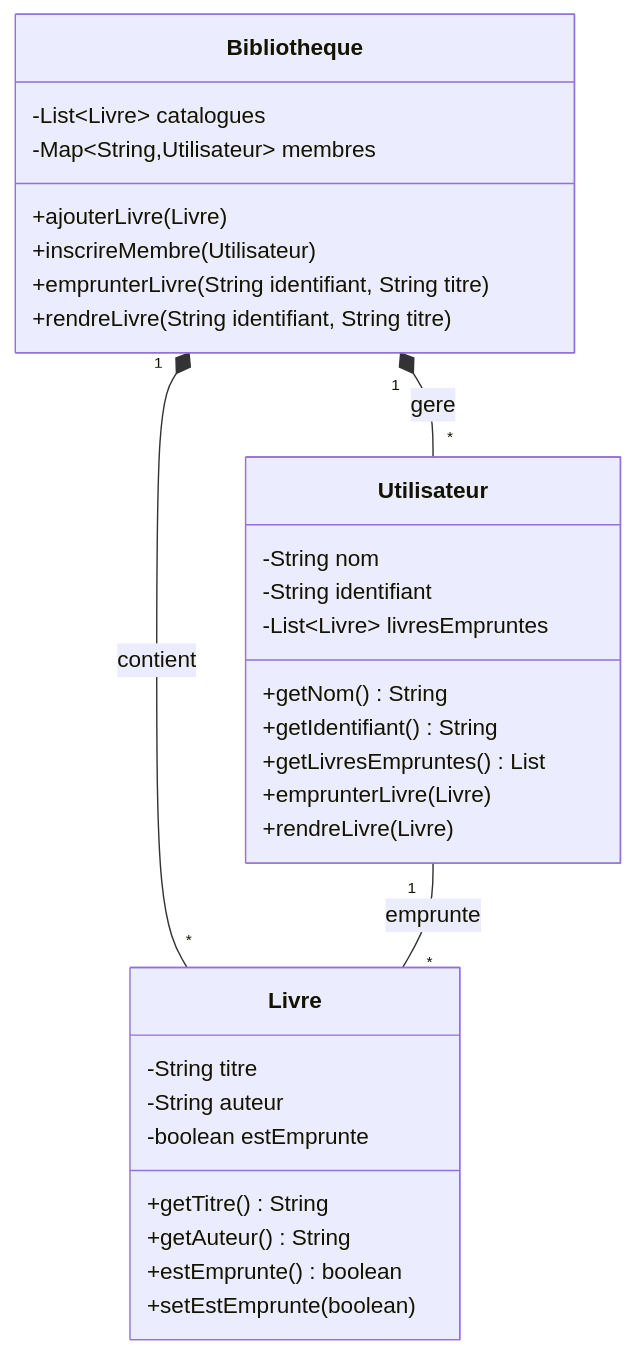
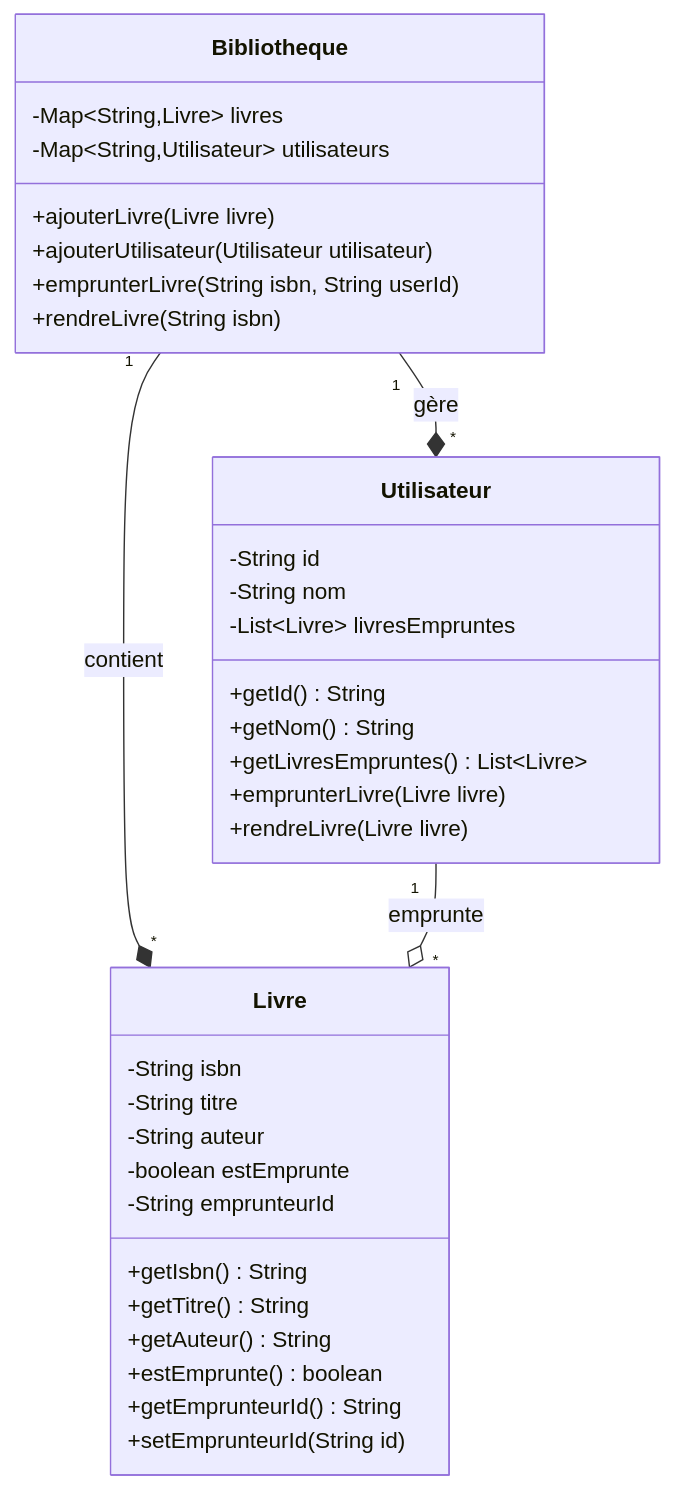
One commit to tanguybernard/computer-science-knowledge changed the diagram in lang_fwk/java_world/courses/exercices/emprunter_livres_1.md. Above: the diagram before and after it, drawn with Mermaid. The commit also changed other lines of this file, not shown here.

````diff
--- a/lang_fwk/java_world/courses/exercices/emprunter_livres_1.md
+++ b/lang_fwk/java_world/courses/exercices/emprunter_livres_1.md
@@ -34,36 +33,40 @@
 ```mermaid
 classDiagram
     class Livre {
+        -String isbn
         -String titre
         -String auteur
         -boolean estEmprunte
+        -String emprunteurId
+        +getIsbn() String
         +getTitre() String
         +getAuteur() String
         +estEmprunte() boolean
-        +setEstEmprunte(boolean)
+        +getEmprunteurId() String
+        +setEmprunteurId(String id)
     }
     
     class Utilisateur {
+        -String id
         -String nom
-        -String identifiant
         -List~Livre~ livresEmpruntes
+        +getId() String
         +getNom() String
-        +getIdentifiant() String
-        +getLivresEmpruntes() List
-        +emprunterLivre(Livre)
-        +rendreLivre(Livre)
+        +getLivresEmpruntes() List~Livre~
+        +emprunterLivre(Livre livre)
+        +rendreLivre(Livre livre)
     }
     
     class Bibliotheque {
-        -List~Livre~ catalogues
-        -Map~String,Utilisateur~ membres
-        +ajouterLivre(Livre)
-        +inscrireMembre(Utilisateur)
-        +emprunterLivre(String identifiant, String titre)
-        +rendreLivre(String identifiant, String titre)
+        -Map~String,Livre~ livres
+        -Map~String,Utilisateur~ utilisateurs
+        +ajouterLivre(Livre livre)
+        +ajouterUtilisateur(Utilisateur utilisateur)
+        +emprunterLivre(String isbn, String userId)
+        +rendreLivre(String isbn)
     }
 
-    Bibliotheque "1" *-- "*" Livre : contient
-    Bibliotheque "1" *-- "*" Utilisateur : gere
-    Utilisateur "1" -- "*" Livre : emprunte
+    Bibliotheque "1" --* "*" Livre : contient
+    Bibliotheque "1" --* "*" Utilisateur : gère
+    Utilisateur "1" --o "*" Livre : emprunte
 ```
````
